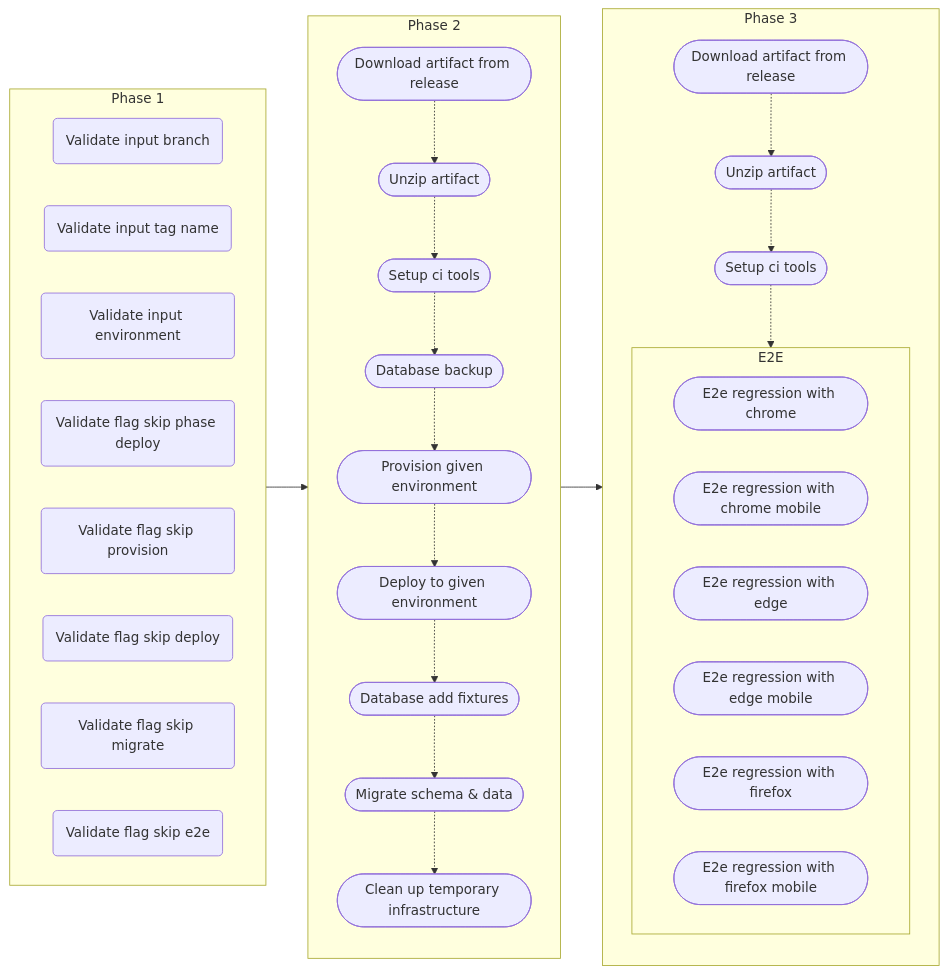
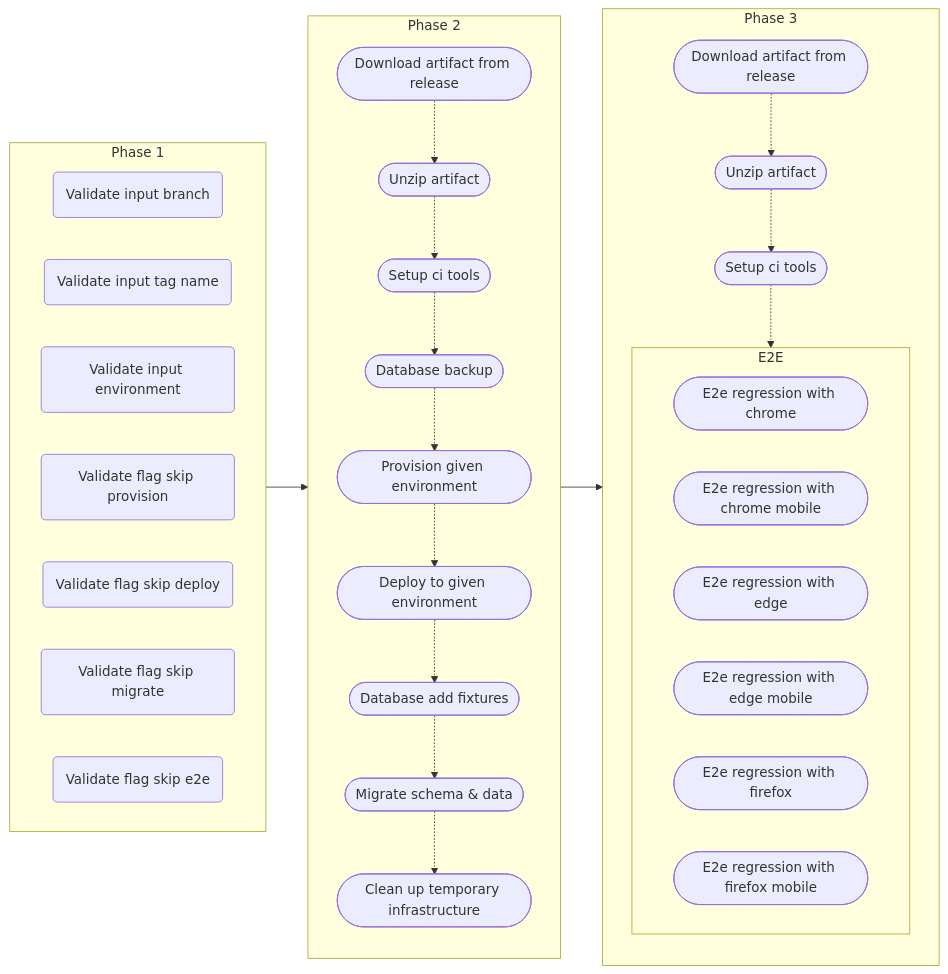
Before and after one commit to gnowth/gnowth: diagram 11 of 12 in docs/pipeline.md, drawn with Mermaid. The commit also changed other lines of this file and 8 other files, not shown here.

````diff
--- a/docs/pipeline.md
+++ b/docs/pipeline.md
@@ -238,53 +267,52 @@
 ```mermaid
   flowchart LR
     ARTIFACTUNPACK2([Unzip artifact])
     ARTIFACTUNPACK3([Unzip artifact])
     ARTIFACTDOWNLOAD2([Download artifact from release])
     ARTIFACTDOWNLOAD3([Download artifact from release])
     CLEANUP([Clean up temporary infrastructure])
     DATABASEBACKUP([Database backup])
     DATABASEFIXTURE([Database add fixtures])
     DATABASEMIGRATE([Migrate schema & data])
     DEPLOY([Deploy to given environment])
     PROVISION([Provision given environment])
     SETUP2([Setup ci tools])
     SETUP3([Setup ci tools])
 
     subgraph PHASE1[Phase 1]
       direction LR
 
       VALIDATEBRANCH(Validate input branch)
       VALIDATETAG(Validate input tag name)
       VALIDATEENVIRONMENT(Validate input environment)
-      VALIDATESKIPPHASE1(Validate flag skip phase deploy)
       VALIDATESKIPPROVISION(Validate flag skip provision)
       VALIDATESKIPDEPLOY(Validate flag skip deploy)
       VALIDATESKIPMIGRATE(Validate flag skip migrate)
       VALIDATESKIPE2E(Validate flag skip e2e)
     end
 
     subgraph PHASE2[Phase 2]
       direction TB
 
       ARTIFACTDOWNLOAD2 -.-> ARTIFACTUNPACK2 -.-> SETUP2 -.-> DATABASEBACKUP -.-> PROVISION -.-> DEPLOY -.-> DATABASEFIXTURE -.-> DATABASEMIGRATE -.-> CLEANUP
     end
 
     subgraph PHASE3[Phase 3]
       direction TB
 
       subgraph E2E
         direction LR
 
         E2ECHROME([E2e regression with chrome])
         E2ECHROMEMOBILE([E2e regression with chrome mobile])
         E2EEDGE([E2e regression with edge])
         E2EEDGEMOBILE([E2e regression with edge mobile])
         E2EFIREFOX([E2e regression with firefox])
         E2EFIREFOXMOBILE([E2e regression with firefox mobile])
       end
 
       ARTIFACTDOWNLOAD3 -.-> ARTIFACTUNPACK3 -.-> SETUP3 -.-> E2E
     end
 
     PHASE1 --> PHASE2 --> PHASE3
 ```
````
